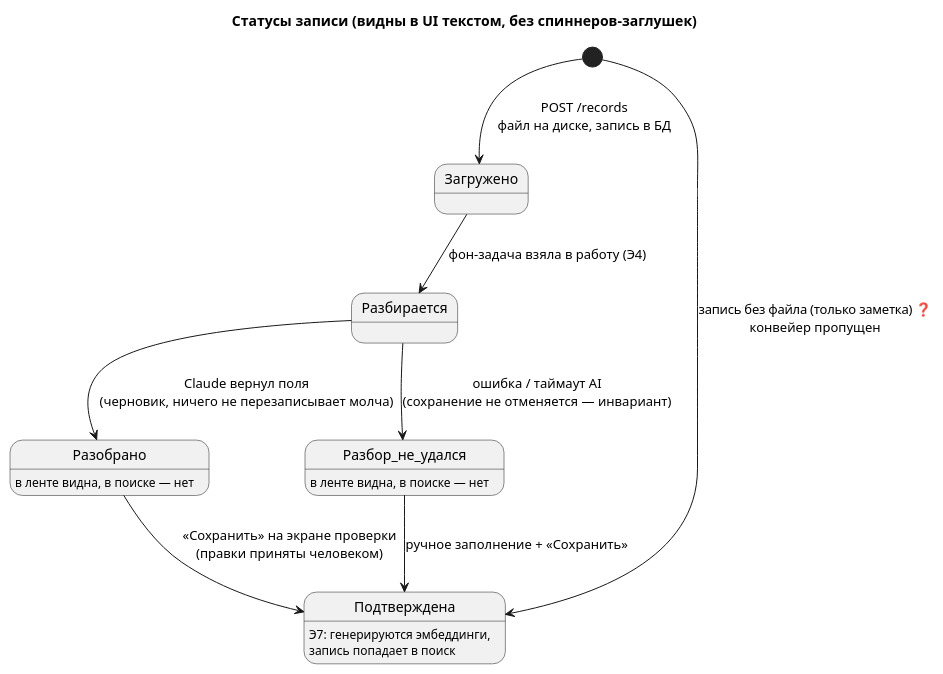
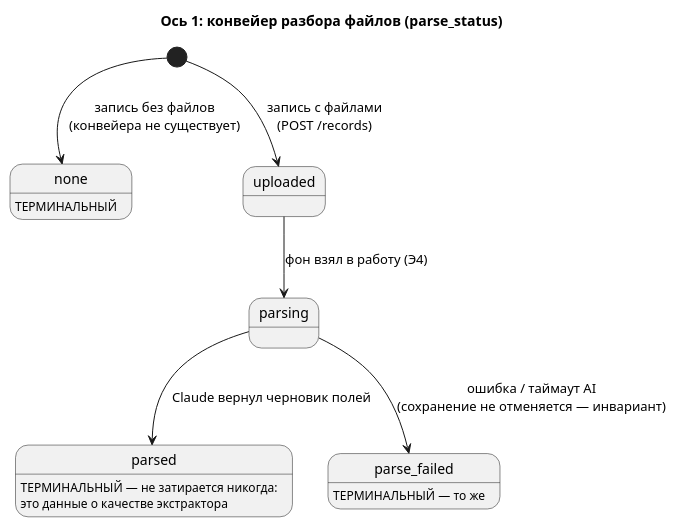
Before and after one commit to masterfocus92/medarchive: the second of 2 diagrams in docs/flows/record-creation.md, drawn with PlantUML. The commit also changed other lines of this file and 9 other files, not shown here.

````diff
--- a/docs/flows/record-creation.md
+++ b/docs/flows/record-creation.md
@@ -149,19 +155,15 @@
 ```plantuml
 @startuml
-title Статусы записи (видны в UI текстом, без спиннеров-заглушек)
+title Ось 1: конвейер разбора файлов (parse_status)
 
-[*] --> Загружено : POST /records\nфайл на диске, запись в БД
-[*] --> Подтверждена : запись без файла (только заметка) ❓\nконвейер пропущен
+[*] --> none : запись без файлов\n(конвейера не существует)
+[*] --> uploaded : запись с файлами\n(POST /records)
+uploaded --> parsing : фон взял в работу (Э4)
+parsing --> parsed : Claude вернул черновик полей
+parsing --> parse_failed : ошибка / таймаут AI\n(сохранение не отменяется — инвариант)
 
-Загружено --> Разбирается : фон-задача взяла в работу (Э4)
-Разбирается --> Разобрано : Claude вернул поля\n(черновик, ничего не перезаписывает молча)
-Разбирается --> Разбор_не_удался : ошибка / таймаут AI\n(сохранение не отменяется — инвариант)
-
-Разобрано --> Подтверждена : «Сохранить» на экране проверки\n(правки приняты человеком)
-Разбор_не_удался --> Подтверждена : ручное заполнение + «Сохранить»
-
-Подтверждена : Э7: генерируются эмбеддинги,\nзапись попадает в поиск
-Разобрано : в ленте видна, в поиске — нет
-Разбор_не_удался : в ленте видна, в поиске — нет
+parsed : ТЕРМИНАЛЬНЫЙ — не затирается никогда:\nэто данные о качестве экстрактора
+parse_failed : ТЕРМИНАЛЬНЫЙ — то же
+none : ТЕРМИНАЛЬНЫЙ
 @enduml
 ```
````
